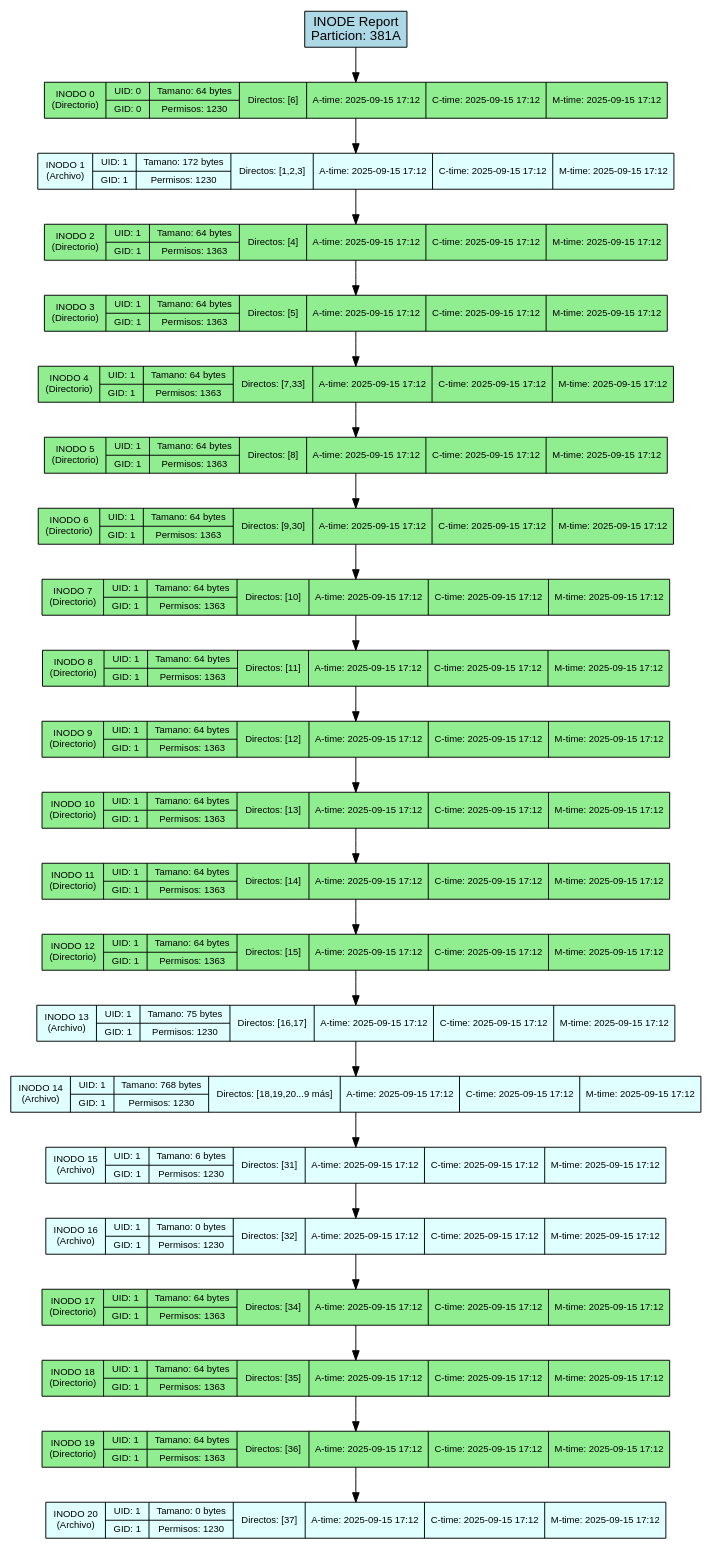
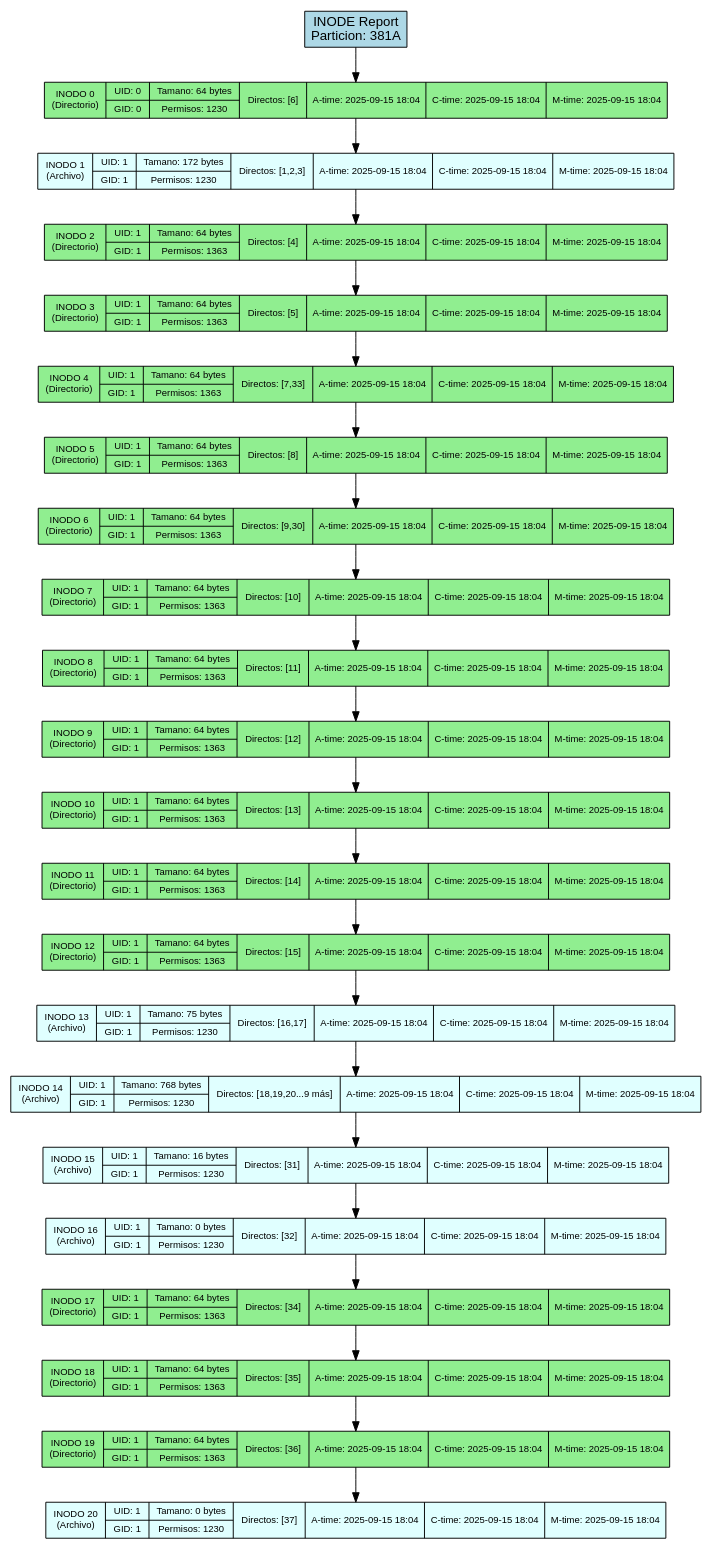
One commit to DiegVas/MIA_2S2025_P1_202300638 changed the diagram in backend/provider/reports/src/inode_381A.dot. Above: the diagram before and after it, drawn with Graphviz. The commit also changed 6 other files, not shown here.

```diff
--- a/backend/provider/reports/src/inode_381A.dot
+++ b/backend/provider/reports/src/inode_381A.dot
@@ -1,54 +1,54 @@
 digraph Inode_Report {
     rankdir=TB;
     node [shape=record, style=filled];
     graph [fontname="Arial", fontsize=12];
     node [fontname="Arial", fontsize=10];
     edge [fontname="Arial"];
 
     title [label="INODE Report\nParticion: 381A", fillcolor=lightblue, fontsize=14];
 
-    inode_0 [label="INODO 0\n(Directorio)|{UID: 0 | GID: 0}|{Tamano: 64 bytes | Permisos: 1230}|{Directos: [6]}|{A-time: 2025-09-15 17:12}|{C-time: 2025-09-15 17:12}|{M-time: 2025-09-15 17:12}", fillcolor=lightgreen];
-    inode_1 [label="INODO 1\n(Archivo)|{UID: 1 | GID: 1}|{Tamano: 172 bytes | Permisos: 1230}|{Directos: [1,2,3]}|{A-time: 2025-09-15 17:12}|{C-time: 2025-09-15 17:12}|{M-time: 2025-09-15 17:12}", fillcolor=lightcyan];
-    inode_2 [label="INODO 2\n(Directorio)|{UID: 1 | GID: 1}|{Tamano: 64 bytes | Permisos: 1363}|{Directos: [4]}|{A-time: 2025-09-15 17:12}|{C-time: 2025-09-15 17:12}|{M-time: 2025-09-15 17:12}", fillcolor=lightgreen];
-    inode_3 [label="INODO 3\n(Directorio)|{UID: 1 | GID: 1}|{Tamano: 64 bytes | Permisos: 1363}|{Directos: [5]}|{A-time: 2025-09-15 17:12}|{C-time: 2025-09-15 17:12}|{M-time: 2025-09-15 17:12}", fillcolor=lightgreen];
-    inode_4 [label="INODO 4\n(Directorio)|{UID: 1 | GID: 1}|{Tamano: 64 bytes | Permisos: 1363}|{Directos: [7,33]}|{A-time: 2025-09-15 17:12}|{C-time: 2025-09-15 17:12}|{M-time: 2025-09-15 17:12}", fillcolor=lightgreen];
-    inode_5 [label="INODO 5\n(Directorio)|{UID: 1 | GID: 1}|{Tamano: 64 bytes | Permisos: 1363}|{Directos: [8]}|{A-time: 2025-09-15 17:12}|{C-time: 2025-09-15 17:12}|{M-time: 2025-09-15 17:12}", fillcolor=lightgreen];
-    inode_6 [label="INODO 6\n(Directorio)|{UID: 1 | GID: 1}|{Tamano: 64 bytes | Permisos: 1363}|{Directos: [9,30]}|{A-time: 2025-09-15 17:12}|{C-time: 2025-09-15 17:12}|{M-time: 2025-09-15 17:12}", fillcolor=lightgreen];
-    inode_7 [label="INODO 7\n(Directorio)|{UID: 1 | GID: 1}|{Tamano: 64 bytes | Permisos: 1363}|{Directos: [10]}|{A-time: 2025-09-15 17:12}|{C-time: 2025-09-15 17:12}|{M-time: 2025-09-15 17:12}", fillcolor=lightgreen];
-    inode_8 [label="INODO 8\n(Directorio)|{UID: 1 | GID: 1}|{Tamano: 64 bytes | Permisos: 1363}|{Directos: [11]}|{A-time: 2025-09-15 17:12}|{C-time: 2025-09-15 17:12}|{M-time: 2025-09-15 17:12}", fillcolor=lightgreen];
-    inode_9 [label="INODO 9\n(Directorio)|{UID: 1 | GID: 1}|{Tamano: 64 bytes | Permisos: 1363}|{Directos: [12]}|{A-time: 2025-09-15 17:12}|{C-time: 2025-09-15 17:12}|{M-time: 2025-09-15 17:12}", fillcolor=lightgreen];
-    inode_10 [label="INODO 10\n(Directorio)|{UID: 1 | GID: 1}|{Tamano: 64 bytes | Permisos: 1363}|{Directos: [13]}|{A-time: 2025-09-15 17:12}|{C-time: 2025-09-15 17:12}|{M-time: 2025-09-15 17:12}", fillcolor=lightgreen];
-    inode_11 [label="INODO 11\n(Directorio)|{UID: 1 | GID: 1}|{Tamano: 64 bytes | Permisos: 1363}|{Directos: [14]}|{A-time: 2025-09-15 17:12}|{C-time: 2025-09-15 17:12}|{M-time: 2025-09-15 17:12}", fillcolor=lightgreen];
-    inode_12 [label="INODO 12\n(Directorio)|{UID: 1 | GID: 1}|{Tamano: 64 bytes | Permisos: 1363}|{Directos: [15]}|{A-time: 2025-09-15 17:12}|{C-time: 2025-09-15 17:12}|{M-time: 2025-09-15 17:12}", fillcolor=lightgreen];
-    inode_13 [label="INODO 13\n(Archivo)|{UID: 1 | GID: 1}|{Tamano: 75 bytes | Permisos: 1230}|{Directos: [16,17]}|{A-time: 2025-09-15 17:12}|{C-time: 2025-09-15 17:12}|{M-time: 2025-09-15 17:12}", fillcolor=lightcyan];
-    inode_14 [label="INODO 14\n(Archivo)|{UID: 1 | GID: 1}|{Tamano: 768 bytes | Permisos: 1230}|{Directos: [18,19,20...9 más]}|{A-time: 2025-09-15 17:12}|{C-time: 2025-09-15 17:12}|{M-time: 2025-09-15 17:12}", fillcolor=lightcyan];
-    inode_15 [label="INODO 15\n(Archivo)|{UID: 1 | GID: 1}|{Tamano: 6 bytes | Permisos: 1230}|{Directos: [31]}|{A-time: 2025-09-15 17:12}|{C-time: 2025-09-15 17:12}|{M-time: 2025-09-15 17:12}", fillcolor=lightcyan];
-    inode_16 [label="INODO 16\n(Archivo)|{UID: 1 | GID: 1}|{Tamano: 0 bytes | Permisos: 1230}|{Directos: [32]}|{A-time: 2025-09-15 17:12}|{C-time: 2025-09-15 17:12}|{M-time: 2025-09-15 17:12}", fillcolor=lightcyan];
-    inode_17 [label="INODO 17\n(Directorio)|{UID: 1 | GID: 1}|{Tamano: 64 bytes | Permisos: 1363}|{Directos: [34]}|{A-time: 2025-09-15 17:12}|{C-time: 2025-09-15 17:12}|{M-time: 2025-09-15 17:12}", fillcolor=lightgreen];
-    inode_18 [label="INODO 18\n(Directorio)|{UID: 1 | GID: 1}|{Tamano: 64 bytes | Permisos: 1363}|{Directos: [35]}|{A-time: 2025-09-15 17:12}|{C-time: 2025-09-15 17:12}|{M-time: 2025-09-15 17:12}", fillcolor=lightgreen];
-    inode_19 [label="INODO 19\n(Directorio)|{UID: 1 | GID: 1}|{Tamano: 64 bytes | Permisos: 1363}|{Directos: [36]}|{A-time: 2025-09-15 17:12}|{C-time: 2025-09-15 17:12}|{M-time: 2025-09-15 17:12}", fillcolor=lightgreen];
-    inode_20 [label="INODO 20\n(Archivo)|{UID: 1 | GID: 1}|{Tamano: 0 bytes | Permisos: 1230}|{Directos: [37]}|{A-time: 2025-09-15 17:12}|{C-time: 2025-09-15 17:12}|{M-time: 2025-09-15 17:12}", fillcolor=lightcyan];
+    inode_0 [label="INODO 0\n(Directorio)|{UID: 0 | GID: 0}|{Tamano: 64 bytes | Permisos: 1230}|{Directos: [6]}|{A-time: 2025-09-15 18:04}|{C-time: 2025-09-15 18:04}|{M-time: 2025-09-15 18:04}", fillcolor=lightgreen];
+    inode_1 [label="INODO 1\n(Archivo)|{UID: 1 | GID: 1}|{Tamano: 172 bytes | Permisos: 1230}|{Directos: [1,2,3]}|{A-time: 2025-09-15 18:04}|{C-time: 2025-09-15 18:04}|{M-time: 2025-09-15 18:04}", fillcolor=lightcyan];
+    inode_2 [label="INODO 2\n(Directorio)|{UID: 1 | GID: 1}|{Tamano: 64 bytes | Permisos: 1363}|{Directos: [4]}|{A-time: 2025-09-15 18:04}|{C-time: 2025-09-15 18:04}|{M-time: 2025-09-15 18:04}", fillcolor=lightgreen];
+    inode_3 [label="INODO 3\n(Directorio)|{UID: 1 | GID: 1}|{Tamano: 64 bytes | Permisos: 1363}|{Directos: [5]}|{A-time: 2025-09-15 18:04}|{C-time: 2025-09-15 18:04}|{M-time: 2025-09-15 18:04}", fillcolor=lightgreen];
+    inode_4 [label="INODO 4\n(Directorio)|{UID: 1 | GID: 1}|{Tamano: 64 bytes | Permisos: 1363}|{Directos: [7,33]}|{A-time: 2025-09-15 18:04}|{C-time: 2025-09-15 18:04}|{M-time: 2025-09-15 18:04}", fillcolor=lightgreen];
+    inode_5 [label="INODO 5\n(Directorio)|{UID: 1 | GID: 1}|{Tamano: 64 bytes | Permisos: 1363}|{Directos: [8]}|{A-time: 2025-09-15 18:04}|{C-time: 2025-09-15 18:04}|{M-time: 2025-09-15 18:04}", fillcolor=lightgreen];
+    inode_6 [label="INODO 6\n(Directorio)|{UID: 1 | GID: 1}|{Tamano: 64 bytes | Permisos: 1363}|{Directos: [9,30]}|{A-time: 2025-09-15 18:04}|{C-time: 2025-09-15 18:04}|{M-time: 2025-09-15 18:04}", fillcolor=lightgreen];
+    inode_7 [label="INODO 7\n(Directorio)|{UID: 1 | GID: 1}|{Tamano: 64 bytes | Permisos: 1363}|{Directos: [10]}|{A-time: 2025-09-15 18:04}|{C-time: 2025-09-15 18:04}|{M-time: 2025-09-15 18:04}", fillcolor=lightgreen];
+    inode_8 [label="INODO 8\n(Directorio)|{UID: 1 | GID: 1}|{Tamano: 64 bytes | Permisos: 1363}|{Directos: [11]}|{A-time: 2025-09-15 18:04}|{C-time: 2025-09-15 18:04}|{M-time: 2025-09-15 18:04}", fillcolor=lightgreen];
+    inode_9 [label="INODO 9\n(Directorio)|{UID: 1 | GID: 1}|{Tamano: 64 bytes | Permisos: 1363}|{Directos: [12]}|{A-time: 2025-09-15 18:04}|{C-time: 2025-09-15 18:04}|{M-time: 2025-09-15 18:04}", fillcolor=lightgreen];
+    inode_10 [label="INODO 10\n(Directorio)|{UID: 1 | GID: 1}|{Tamano: 64 bytes | Permisos: 1363}|{Directos: [13]}|{A-time: 2025-09-15 18:04}|{C-time: 2025-09-15 18:04}|{M-time: 2025-09-15 18:04}", fillcolor=lightgreen];
+    inode_11 [label="INODO 11\n(Directorio)|{UID: 1 | GID: 1}|{Tamano: 64 bytes | Permisos: 1363}|{Directos: [14]}|{A-time: 2025-09-15 18:04}|{C-time: 2025-09-15 18:04}|{M-time: 2025-09-15 18:04}", fillcolor=lightgreen];
+    inode_12 [label="INODO 12\n(Directorio)|{UID: 1 | GID: 1}|{Tamano: 64 bytes | Permisos: 1363}|{Directos: [15]}|{A-time: 2025-09-15 18:04}|{C-time: 2025-09-15 18:04}|{M-time: 2025-09-15 18:04}", fillcolor=lightgreen];
+    inode_13 [label="INODO 13\n(Archivo)|{UID: 1 | GID: 1}|{Tamano: 75 bytes | Permisos: 1230}|{Directos: [16,17]}|{A-time: 2025-09-15 18:04}|{C-time: 2025-09-15 18:04}|{M-time: 2025-09-15 18:04}", fillcolor=lightcyan];
+    inode_14 [label="INODO 14\n(Archivo)|{UID: 1 | GID: 1}|{Tamano: 768 bytes | Permisos: 1230}|{Directos: [18,19,20...9 más]}|{A-time: 2025-09-15 18:04}|{C-time: 2025-09-15 18:04}|{M-time: 2025-09-15 18:04}", fillcolor=lightcyan];
+    inode_15 [label="INODO 15\n(Archivo)|{UID: 1 | GID: 1}|{Tamano: 16 bytes | Permisos: 1230}|{Directos: [31]}|{A-time: 2025-09-15 18:04}|{C-time: 2025-09-15 18:04}|{M-time: 2025-09-15 18:04}", fillcolor=lightcyan];
+    inode_16 [label="INODO 16\n(Archivo)|{UID: 1 | GID: 1}|{Tamano: 0 bytes | Permisos: 1230}|{Directos: [32]}|{A-time: 2025-09-15 18:04}|{C-time: 2025-09-15 18:04}|{M-time: 2025-09-15 18:04}", fillcolor=lightcyan];
+    inode_17 [label="INODO 17\n(Directorio)|{UID: 1 | GID: 1}|{Tamano: 64 bytes | Permisos: 1363}|{Directos: [34]}|{A-time: 2025-09-15 18:04}|{C-time: 2025-09-15 18:04}|{M-time: 2025-09-15 18:04}", fillcolor=lightgreen];
+    inode_18 [label="INODO 18\n(Directorio)|{UID: 1 | GID: 1}|{Tamano: 64 bytes | Permisos: 1363}|{Directos: [35]}|{A-time: 2025-09-15 18:04}|{C-time: 2025-09-15 18:04}|{M-time: 2025-09-15 18:04}", fillcolor=lightgreen];
+    inode_19 [label="INODO 19\n(Directorio)|{UID: 1 | GID: 1}|{Tamano: 64 bytes | Permisos: 1363}|{Directos: [36]}|{A-time: 2025-09-15 18:04}|{C-time: 2025-09-15 18:04}|{M-time: 2025-09-15 18:04}", fillcolor=lightgreen];
+    inode_20 [label="INODO 20\n(Archivo)|{UID: 1 | GID: 1}|{Tamano: 0 bytes | Permisos: 1230}|{Directos: [37]}|{A-time: 2025-09-15 18:04}|{C-time: 2025-09-15 18:04}|{M-time: 2025-09-15 18:04}", fillcolor=lightcyan];
 
     // Conexiones de la lista enlazada
     title -> inode_0;
     inode_0 -> inode_1;
     inode_1 -> inode_2;
     inode_2 -> inode_3;
     inode_3 -> inode_4;
     inode_4 -> inode_5;
     inode_5 -> inode_6;
     inode_6 -> inode_7;
     inode_7 -> inode_8;
     inode_8 -> inode_9;
     inode_9 -> inode_10;
     inode_10 -> inode_11;
     inode_11 -> inode_12;
     inode_12 -> inode_13;
     inode_13 -> inode_14;
     inode_14 -> inode_15;
     inode_15 -> inode_16;
     inode_16 -> inode_17;
     inode_17 -> inode_18;
     inode_18 -> inode_19;
     inode_19 -> inode_20;
 }
```
